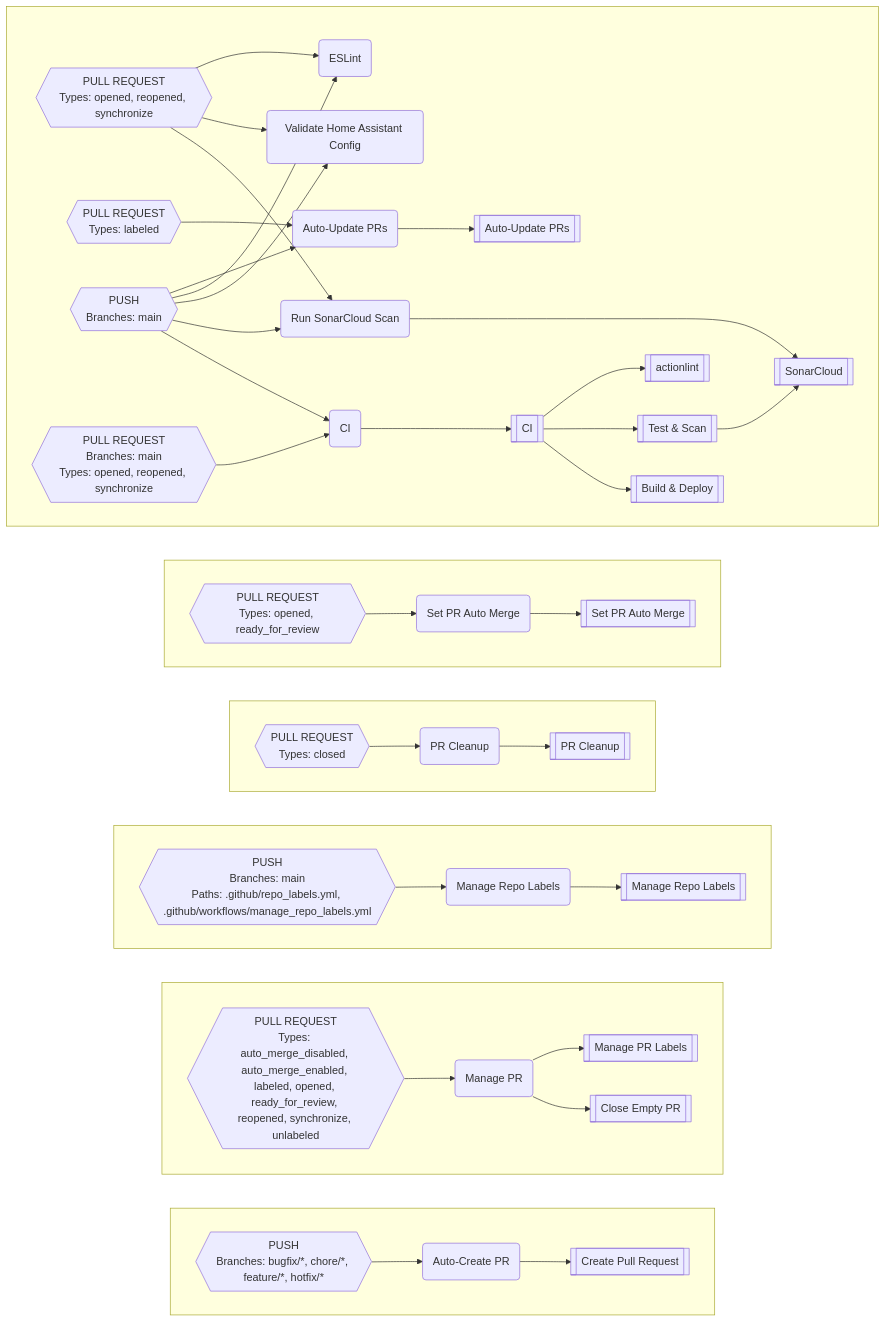
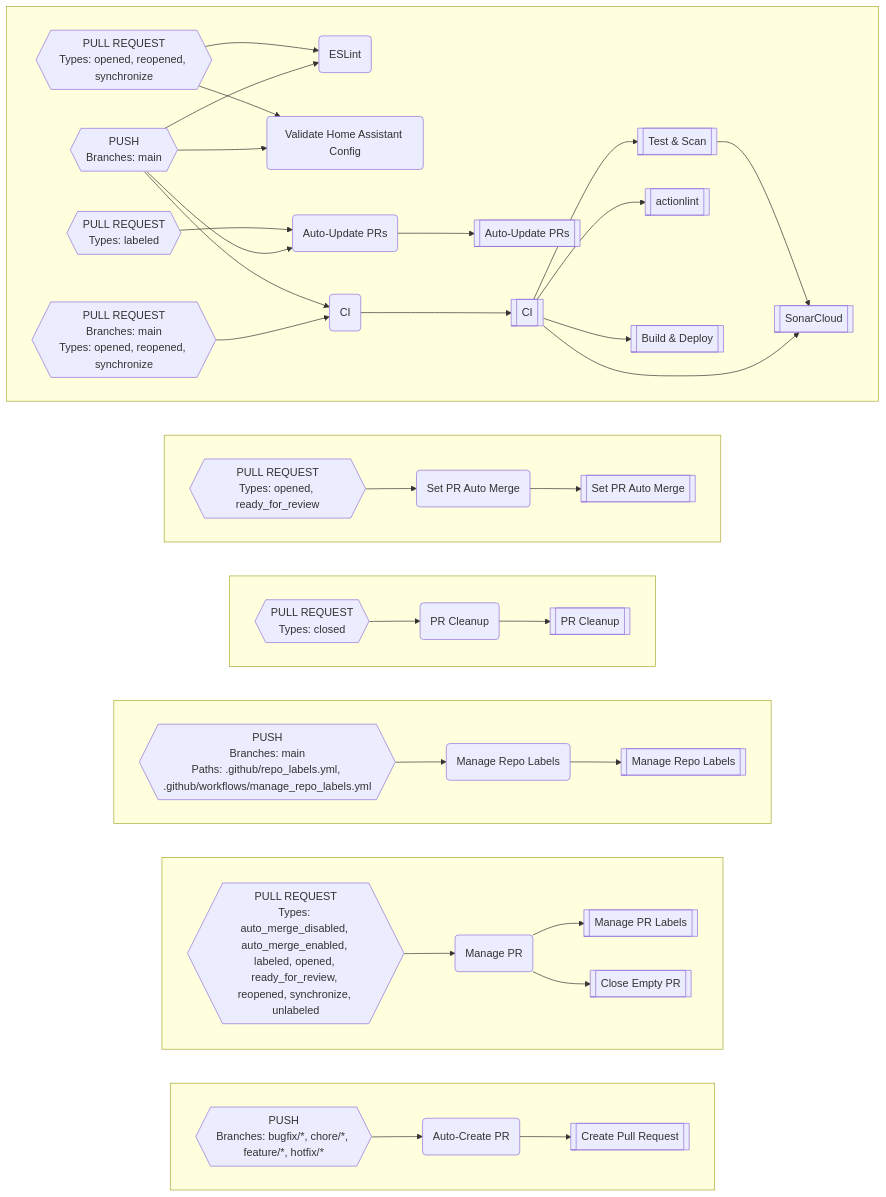
Before and after one commit to worgarside/github-config-files: the diagram in README.md, drawn with Mermaid. The commit also changed other lines of this file and 4 other files, not shown here.

Commit message:
Add SonarCloud to CI

````diff
--- a/README.md
+++ b/README.md
@@ -369,100 +355,97 @@
 ```mermaid
 flowchart LR
+subgraph CL[" "]
+direction LR
+BB-->BA
+BA-->Y
+end
+subgraph CM[" "]
+direction LR
+BE-->BD
+BD-->AC
+BD-->U
+end
+subgraph CN[" "]
+direction LR
+BJ-->BI
+BI-->AG
+end
 subgraph CO[" "]
 direction LR
-BA-->AZ
-AZ-->X
+BR-->BQ
+BQ-->AM
 end
 subgraph CP[" "]
 direction LR
-BD-->BC
-BC-->AB
-BC-->T
+BU-->BT
+BT-->AQ
 end
 subgraph CQ[" "]
 direction LR
-BI-->BH
-BH-->AF
-end
-subgraph CR[" "]
-direction LR
-BQ-->BP
-BP-->AL
-end
-subgraph CS[" "]
-direction LR
-BT-->BS
-BS-->AP
-end
-subgraph CT[" "]
-direction LR
-BY-->BW
-BY-->CA
-BY-->CF
-AV-->AS
-CF-->AS
-BM-->BL
-BL-->AI
-CM-->BL
-CM-->BW
-CM-->CA
-CM-->CF
-CM-->CJ
-CL-->CJ
-CJ-->K
+BZ-->BX
+BZ-->CB
+BN-->BM
+BM-->AJ
+CJ-->BM
+CJ-->BX
+CJ-->CB
+CJ-->CG
+CI-->CG
+CG-->K
+AW-->AT
 K-->A
-K-->AV
+K-->AT
+K-->AW
 K-->D
 end
 A[["actionlint"]]
-AB[["Manage PR Labels"]]
-AF[["Manage Repo Labels"]]
-AI[["Auto-Update PRs"]]
-AL[["PR Cleanup"]]
-AP[["Set PR Auto Merge"]]
-AS[["SonarCloud"]]
-AV[["Test & Scan"]]
-AZ("Auto-Create PR")
-BA{{"PUSH
+AC[["Manage PR Labels"]]
+AG[["Manage Repo Labels"]]
+AJ[["Auto-Update PRs"]]
+AM[["PR Cleanup"]]
+AQ[["Set PR Auto Merge"]]
+AT[["SonarCloud"]]
+AW[["Test & Scan"]]
+BA("Auto-Create PR")
+BB{{"PUSH
 Branches: bugfix/*, chore/*, feature/*, hotfix/*
 "}}
-BC("Manage PR")
-BD{{"PULL REQUEST
+BD("Manage PR")
+BE{{"PULL REQUEST
 Types: auto_merge_disabled, auto_merge_enabled, labeled, opened, ready_for_review, reopened, synchronize, unlabeled
 "}}
-BH("Manage Repo Labels")
-BI{{"PUSH
+BI("Manage Repo Labels")
+BJ{{"PUSH
 Branches: main
 Paths: .github/repo_labels.yml, .github/workflows/manage_repo_labels.yml
 "}}
-BL("Auto-Update PRs")
-BM{{"PULL REQUEST
+BM("Auto-Update PRs")
+BN{{"PULL REQUEST
 Types: labeled
 "}}
-BP("PR Cleanup")
-BQ{{"PULL REQUEST
+BQ("PR Cleanup")
+BR{{"PULL REQUEST
 Types: closed
 "}}
-BS("Set PR Auto Merge")
-BT{{"PULL REQUEST
+BT("Set PR Auto Merge")
+BU{{"PULL REQUEST
 Types: opened, ready_for_review
 "}}
-BW("ESLint")
-BY{{"PULL REQUEST
+BX("ESLint")
+BZ{{"PULL REQUEST
 Types: opened, reopened, synchronize
 "}}
-CA("Validate Home Assistant Config")
-CF("Run SonarCloud Scan")
-CJ("CI")
-CL{{"PULL REQUEST
+CB("Validate Home Assistant Config")
+CG("CI")
+CI{{"PULL REQUEST
 Branches: main
 Types: opened, reopened, synchronize
 "}}
-CM{{"PUSH
+CJ{{"PUSH
 Branches: main
 "}}
 D[["Build & Deploy"]]
 K[["CI"]]
-T[["Close Empty PR"]]
-X[["Create Pull Request"]]
+U[["Close Empty PR"]]
+Y[["Create Pull Request"]]
 ```
````
